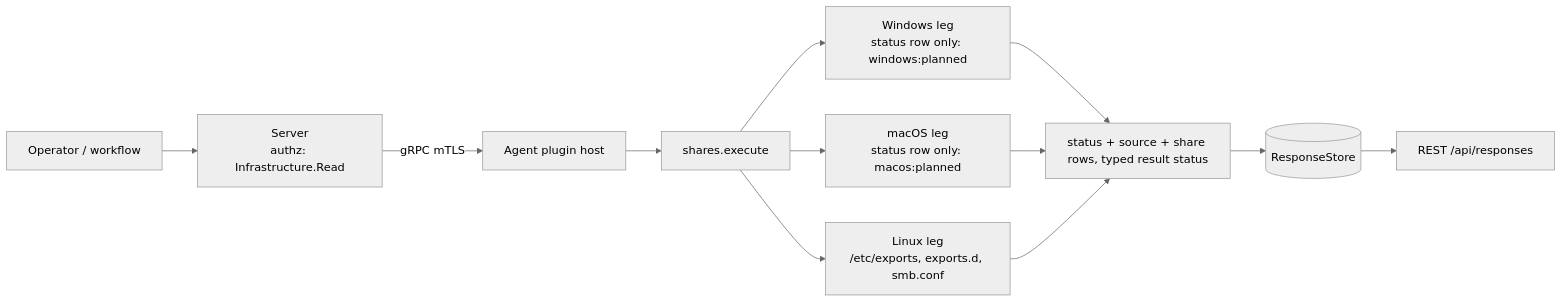
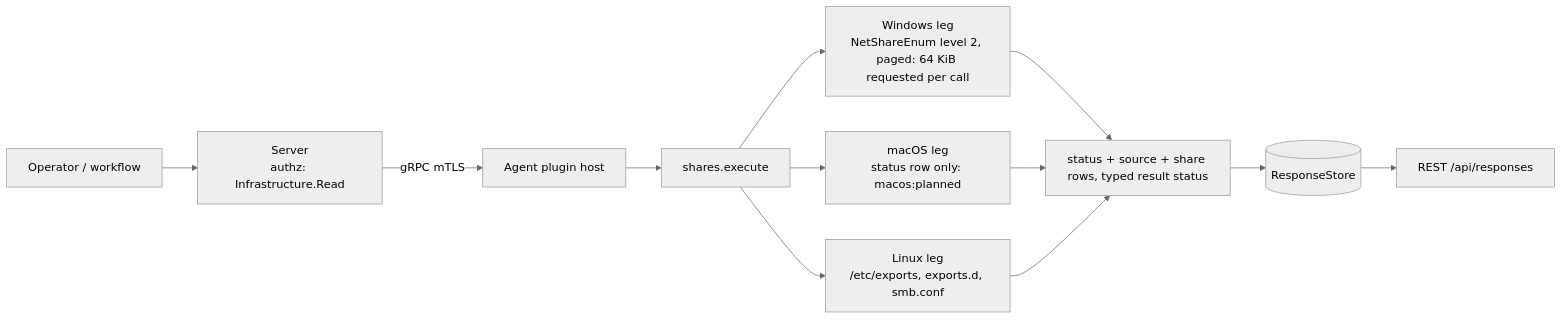
The first of 3 diagrams in agents/plugins/shares/README.md (DevNullLtd/Yuzu), drawn with Mermaid (neutral theme) before and after one commit. The commit also changed other lines of this file and 1 other file, not shown here.

First line of the commit message:
docs(shares): restore the Windows README and plugin-docs after rebasing onto dev

````diff
--- a/agents/plugins/shares/README.md
+++ b/agents/plugins/shares/README.md
@@ -19,9 +21,9 @@
 ```mermaid
 flowchart LR
   OP[Operator / workflow] --> SRV[Server<br/>authz: Infrastructure.Read]
   SRV -- gRPC mTLS --> HOST[Agent plugin host] --> EX[shares.execute]
-  EX --> WIN["Windows leg<br/>status row only: windows:planned"]
+  EX --> WIN["Windows leg<br/>NetShareEnum level 2, paged: 64 KiB requested per call"]
   EX --> MAC["macOS leg<br/>status row only: macos:planned"]
   EX --> LIN["Linux leg<br/>/etc/exports, exports.d, smb.conf"]
   WIN & MAC & LIN --> ROWS[status + source + share rows, typed result status] --> RS[(ResponseStore)] --> API[REST /api/responses]
 ```
````
